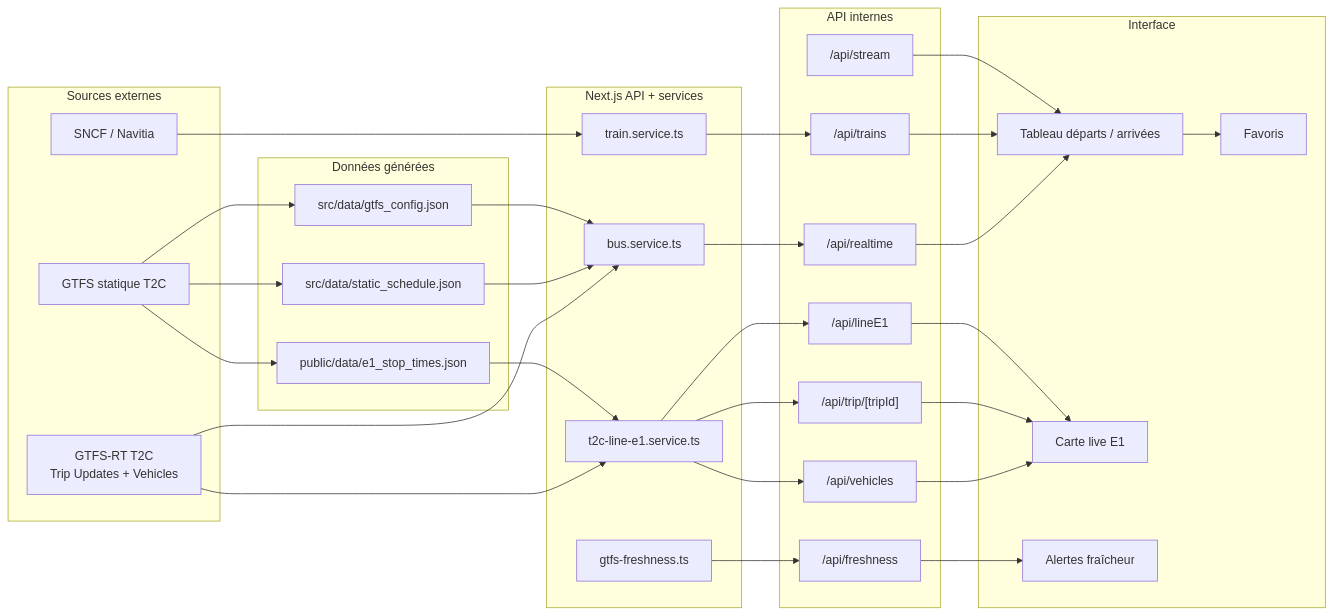
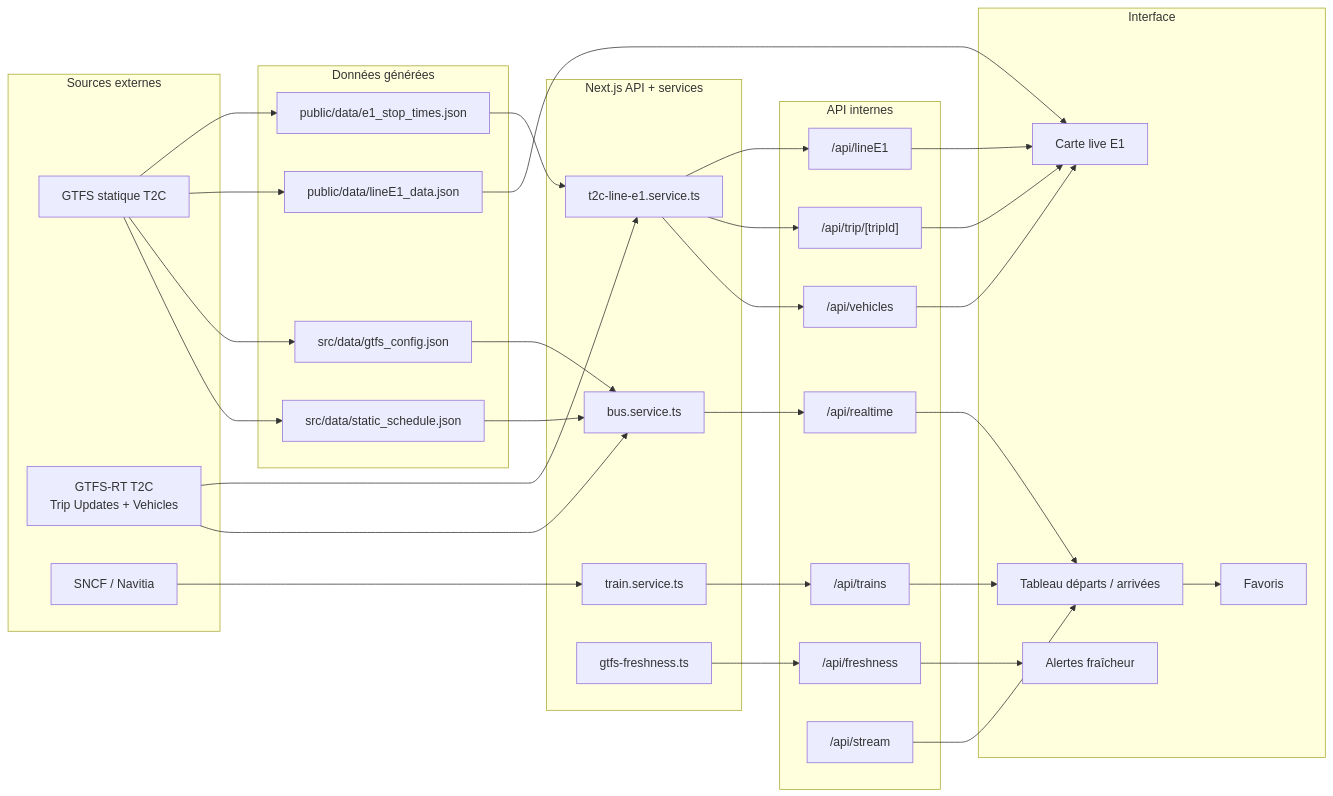
The first of 3 diagrams in README.md (nickdesi/BusTrainGerzat), drawn with Mermaid before and after one commit. The commit also changed other lines of this file, not shown here.

````diff
--- a/README.md
+++ b/README.md
@@ -60,62 +76,65 @@
 ```mermaid
 flowchart LR
   subgraph Sources[Sources externes]
     T2CStatic[GTFS statique T2C]
     T2CRT["GTFS-RT T2C<br/>Trip Updates + Vehicles"]
     SNCF[SNCF / Navitia]
   end
 
   subgraph Data[Données générées]
     StaticSchedule["src/data/static_schedule.json"]
     GtfsConfig["src/data/gtfs_config.json"]
-    LineE1["public/data/e1_stop_times.json"]
+    LineE1Map["public/data/lineE1_data.json"]
+    LineE1StopTimes["public/data/e1_stop_times.json"]
   end
 
   subgraph Server[Next.js API + services]
     BusService["bus.service.ts"]
     E1Service["t2c-line-e1.service.ts"]
     TrainService["train.service.ts"]
     Freshness["gtfs-freshness.ts"]
   end
 
   subgraph API[API internes]
     Realtime["/api/realtime"]
     Vehicles["/api/vehicles"]
     Trip["/api/trip/[tripId]"]
     Line["/api/lineE1"]
     Trains["/api/trains"]
     Fresh["/api/freshness"]
     Stream["/api/stream"]
   end
 
   subgraph UI[Interface]
     Board[Tableau départs / arrivées]
     Map[Carte live E1]
     Favorites[Favoris]
     Status[Alertes fraîcheur]
   end
 
   T2CStatic --> StaticSchedule
   T2CStatic --> GtfsConfig
-  T2CStatic --> LineE1
+  T2CStatic --> LineE1Map
+  T2CStatic --> LineE1StopTimes
   T2CRT --> BusService
   T2CRT --> E1Service
   SNCF --> TrainService
   StaticSchedule --> BusService
   GtfsConfig --> BusService
-  LineE1 --> E1Service
+  LineE1StopTimes --> E1Service
+  LineE1Map --> Map
   BusService --> Realtime
   E1Service --> Vehicles
   E1Service --> Trip
   E1Service --> Line
   TrainService --> Trains
   Freshness --> Fresh
   Realtime --> Board
   Trains --> Board
   Vehicles --> Map
   Trip --> Map
   Line --> Map
   Stream --> Board
   Fresh --> Status
   Board --> Favorites
 ```
````
